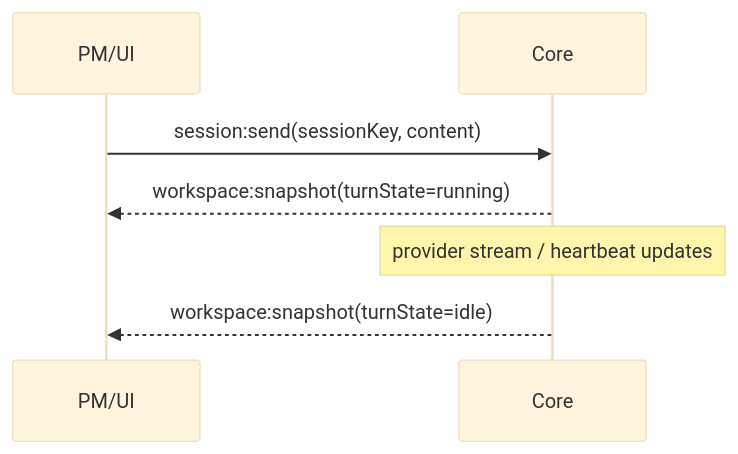
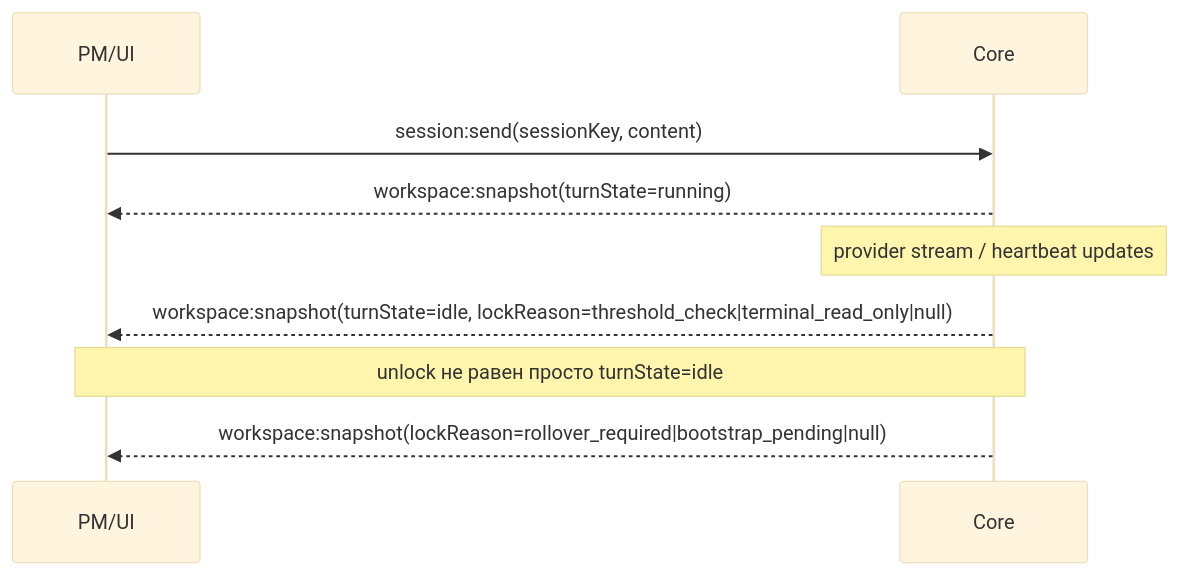
Before and after one commit to OleynikAleksandr/CodeAI-Hub: the second of 2 diagrams in doc/SolidWorks-Flow/InterfaceMap_WorkspaceRuntime.md, drawn with Mermaid (base theme). The commit also changed other lines of this file and 18 other files, not shown here.

````diff
--- a/doc/SolidWorks-Flow/InterfaceMap_WorkspaceRuntime.md
+++ b/doc/SolidWorks-Flow/InterfaceMap_WorkspaceRuntime.md
@@ -353,10 +366,12 @@
 ```mermaid
 sequenceDiagram
   participant PM as PM/UI
   participant Core as Core
 
   PM->>Core: session:send(sessionKey, content)
   Core-->>PM: workspace:snapshot(turnState=running)
   Note over Core: provider stream / heartbeat updates
-  Core-->>PM: workspace:snapshot(turnState=idle)
+  Core-->>PM: workspace:snapshot(turnState=idle, lockReason=threshold_check|terminal_read_only|null)
+  Note over Core,PM: unlock не равен просто turnState=idle
+  Core-->>PM: workspace:snapshot(lockReason=rollover_required|bootstrap_pending|null)
 ```
````
